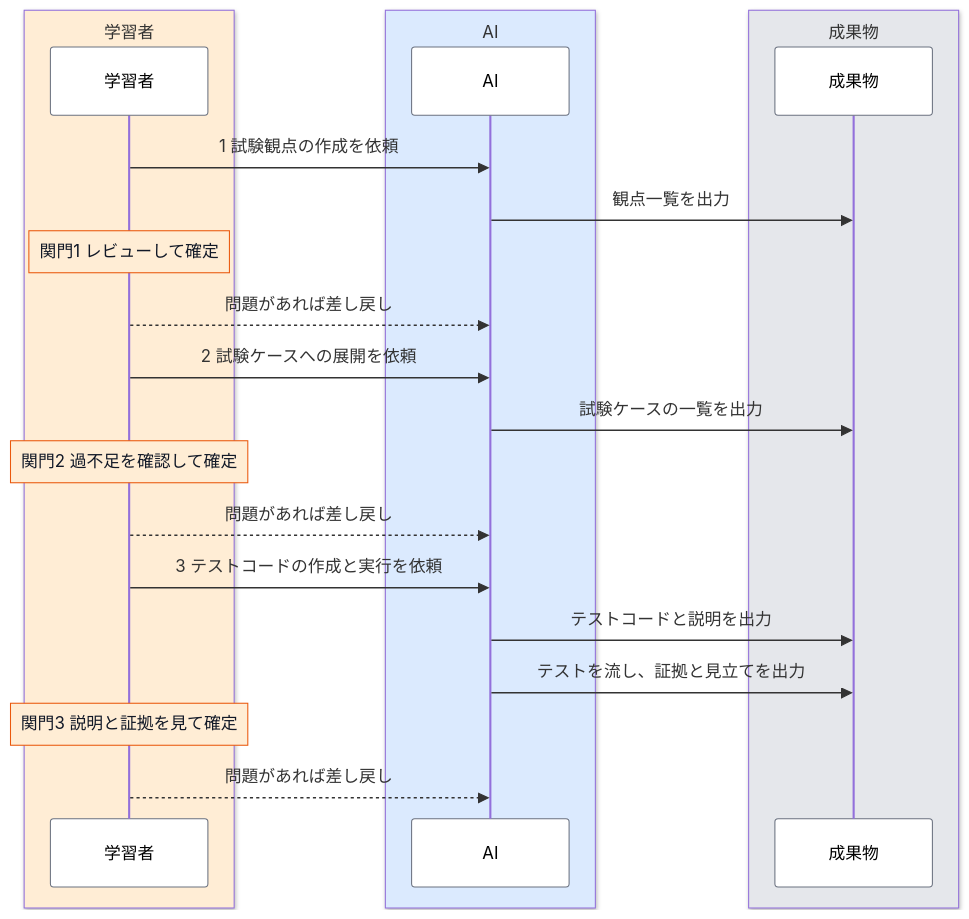
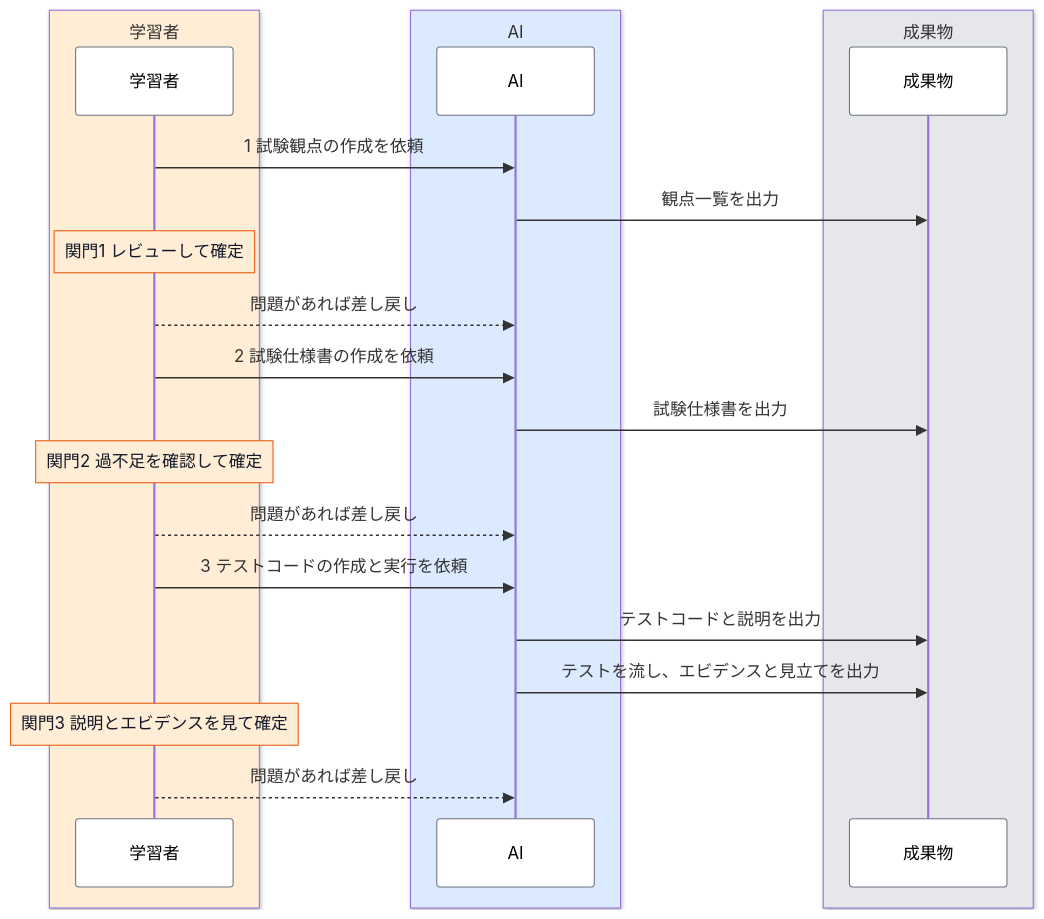
One commit to CHS-Training-Org/ai_training_for_chuo_system changed the diagram in docs-next/docs/develop/integration-test/workflow.md. Above: the diagram before and after it, drawn with Mermaid. The commit also changed other lines of this file and 9 other files, not shown here.

````diff
--- a/docs-next/docs/develop/integration-test/workflow.md
+++ b/docs-next/docs/develop/integration-test/workflow.md
@@ -37,26 +33,26 @@
 ```mermaid
 %%{init: {"themeVariables": {"noteBkgColor": "#ffedd5", "noteBorderColor": "#ea580c", "noteTextColor": "#111827", "actorBkg": "#ffffff", "actorBorder": "#6b7280"}}}%%
 sequenceDiagram
   box rgb(255,237,213) 学習者
     participant L as 学習者
   end
   box rgb(219,234,254) AI
     participant A as AI
   end
   box rgb(229,231,235) 成果物
     participant F as 成果物
   end
   L->>A: 1 試験観点の作成を依頼
   A->>F: 観点一覧を出力
   Note over L: 関門1 レビューして確定
   L-->>A: 問題があれば差し戻し
-  L->>A: 2 試験ケースへの展開を依頼
-  A->>F: 試験ケースの一覧を出力
+  L->>A: 2 試験仕様書の作成を依頼
+  A->>F: 試験仕様書を出力
   Note over L: 関門2 過不足を確認して確定
   L-->>A: 問題があれば差し戻し
   L->>A: 3 テストコードの作成と実行を依頼
   A->>F: テストコードと説明を出力
-  A->>F: テストを流し、証拠と見立てを出力
-  Note over L: 関門3 説明と証拠を見て確定
+  A->>F: テストを流し、エビデンスと見立てを出力
+  Note over L: 関門3 説明とエビデンスを見て確定
   L-->>A: 問題があれば差し戻し
 ```
````
